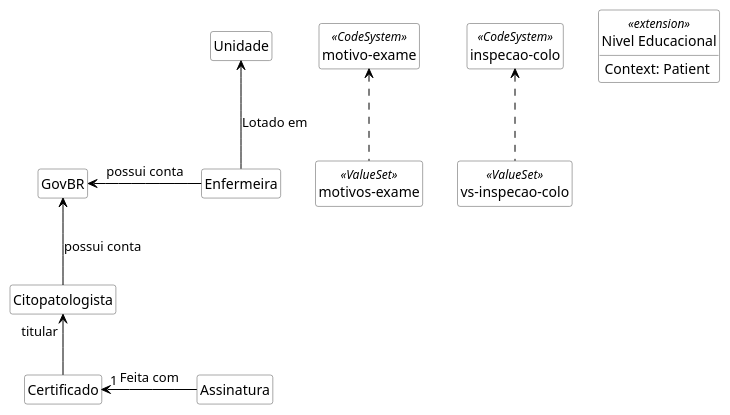
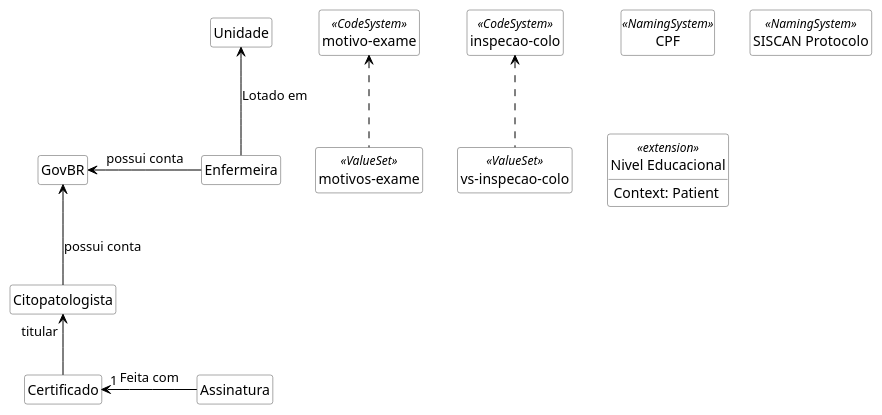
One commit to kyriosdata/farol changed the diagram in input/images-source/fhir.plantuml. Above: the diagram before and after it, drawn with PlantUML. The commit also changed 9 other files, not shown here.

```diff
--- a/input/images-source/fhir.plantuml
+++ b/input/images-source/fhir.plantuml
@@ -1,33 +1,36 @@
 @startuml fhir
 
 hide circle
 hide methods
 hide empty members
 
 skinparam class {
     BackgroundColor White
     ArrowColor Black
     BorderColor #505050
 }
 
 class "inspecao-colo" as InspecaoColo <<CodeSystem>> {}
 class "motivo-exame" as MotivoExame <<CodeSystem>> {}
 class "vs-inspecao-colo" as VsInspecaoColo <<ValueSet>> {}
 class "motivos-exame" as MotivosExame <<ValueSet>> {}
 
 VsInspecaoColo .up.> InspecaoColo
 MotivosExame .up.> MotivoExame
 
+class CPF <<NamingSystem>> {}
+class "SISCAN Protocolo" as SiscanProtocolo <<NamingSystem>> {}
+
 class "Nivel Educacional" as NivelEducacional <<extension>> {
     Context: Patient
 }
 
 
 Enfermeira -up-> Unidade: Lotado em
 Enfermeira -left-> GovBR : possui conta
 
 Citopatologista "titular" <-down- Certificado
 GovBR <-- Citopatologista: possui conta
 Assinatura -left-> "1" Certificado : Feita com
 
 @enduml
```
